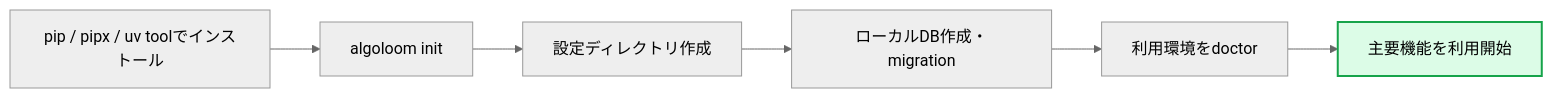
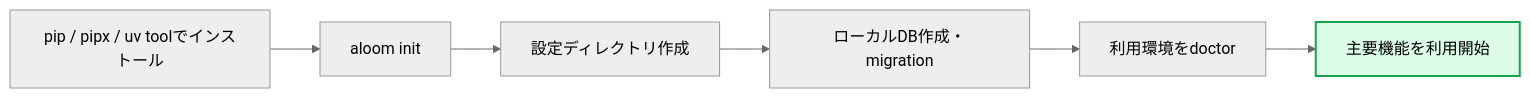
The fifth of 11 diagrams in database/local-and-cloud-sync-design.md (mgmaru/algo-loom), drawn with Mermaid (neutral theme) before and after one commit. The commit also changed other lines of this file and 7 other files, not shown here.

````diff
--- a/database/local-and-cloud-sync-design.md
+++ b/database/local-and-cloud-sync-design.md
@@ -376,10 +376,10 @@
 ```mermaid
 flowchart LR
-    A[pip / pipx / uv toolでインストール] --> B[algoloom init]
+    A[pip / pipx / uv toolでインストール] --> B[aloom init]
     B --> C[設定ディレクトリ作成]
     C --> D[ローカルDB作成・migration]
     D --> E[利用環境をdoctor]
     E --> F[主要機能を利用開始]
 
     style F fill:#dcfce7,stroke:#16a34a,stroke-width:2px
 ```
````
